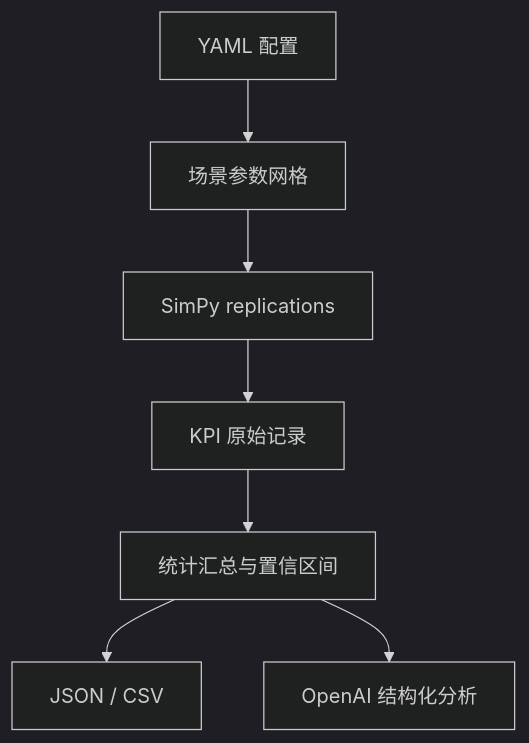
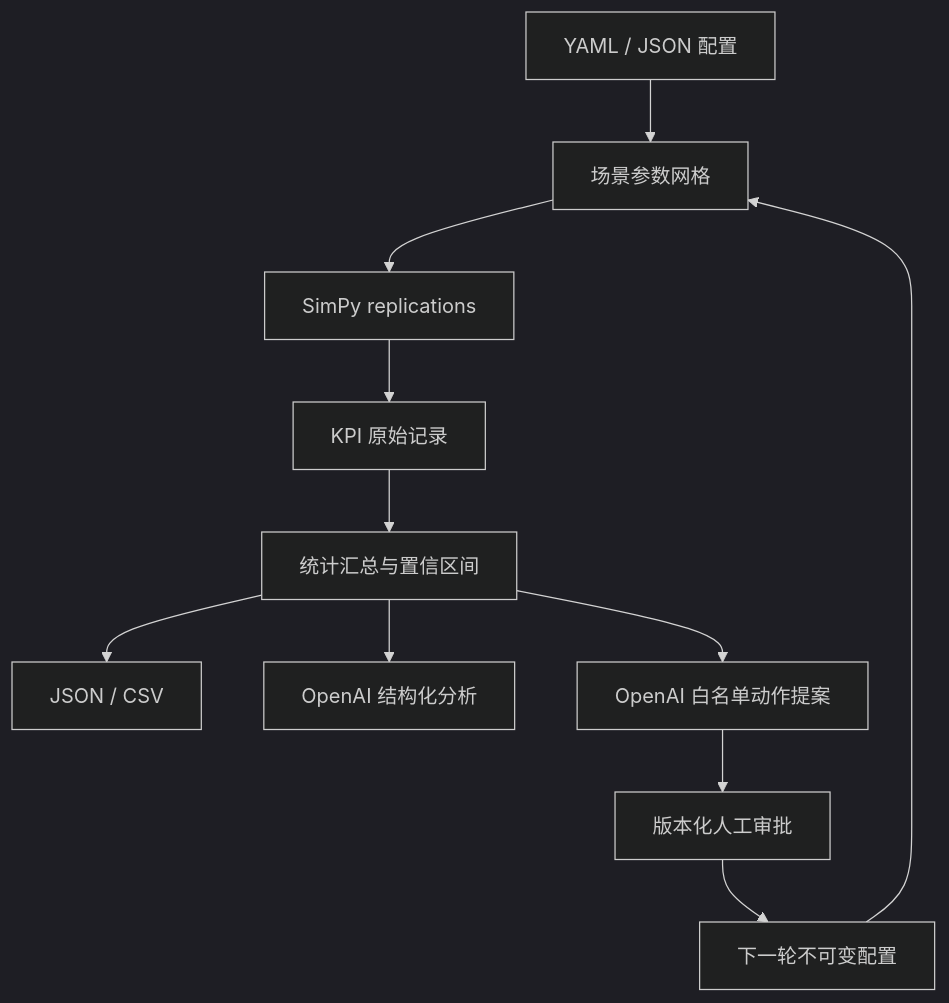
Before and after one commit to Sylphiette666/SimPy-Kpi-Lab: the second of 2 diagrams in README.md, drawn with Mermaid (dark theme). The commit also changed other lines of this file and 4 other files, not shown here.

````diff
--- a/README.md
+++ b/README.md
@@ -168,9 +258,13 @@
 ```mermaid
 flowchart TD
-    A[YAML 配置] --> B[场景参数网格]
+    A[YAML / JSON 配置] --> B[场景参数网格]
     B --> C[SimPy replications]
     C --> D[KPI 原始记录]
     D --> E[统计汇总与置信区间]
     E --> F[JSON / CSV]
     E --> G[OpenAI 结构化分析]
+    E --> H[OpenAI 白名单动作提案]
+    H --> I[版本化人工审批]
+    I --> J[下一轮不可变配置]
+    J --> B
 ```
````
